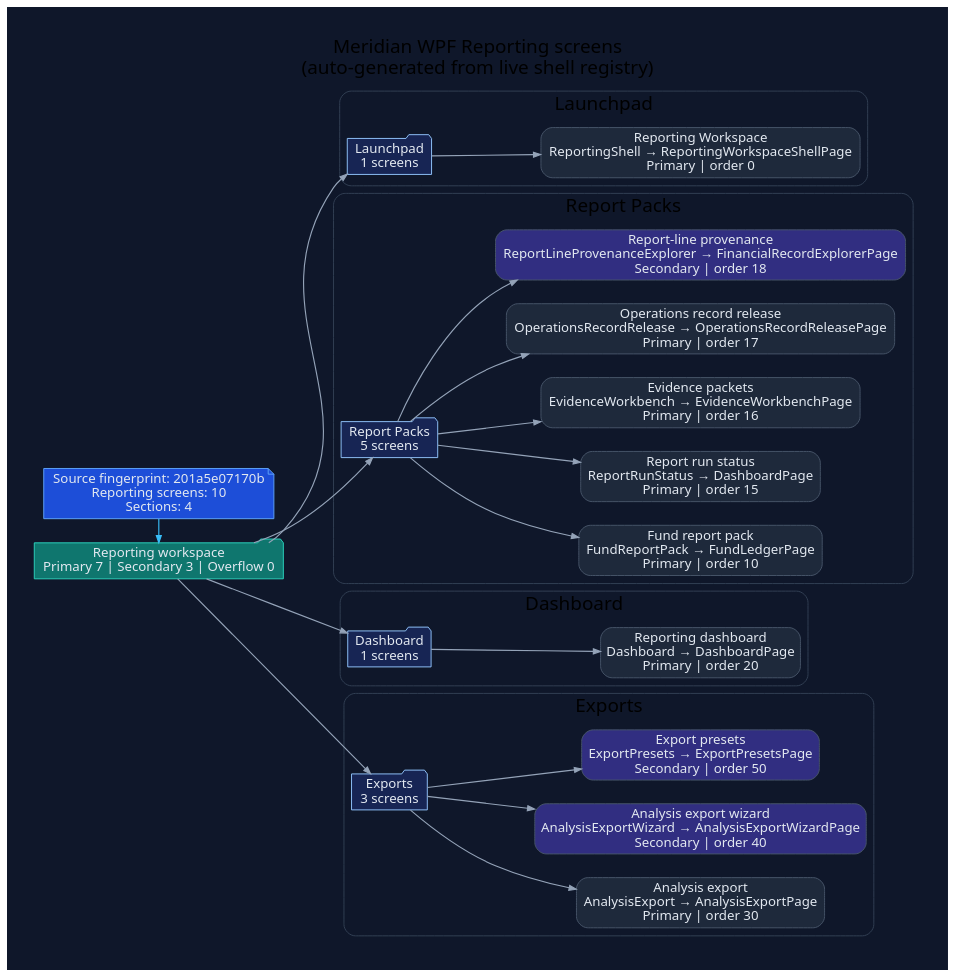
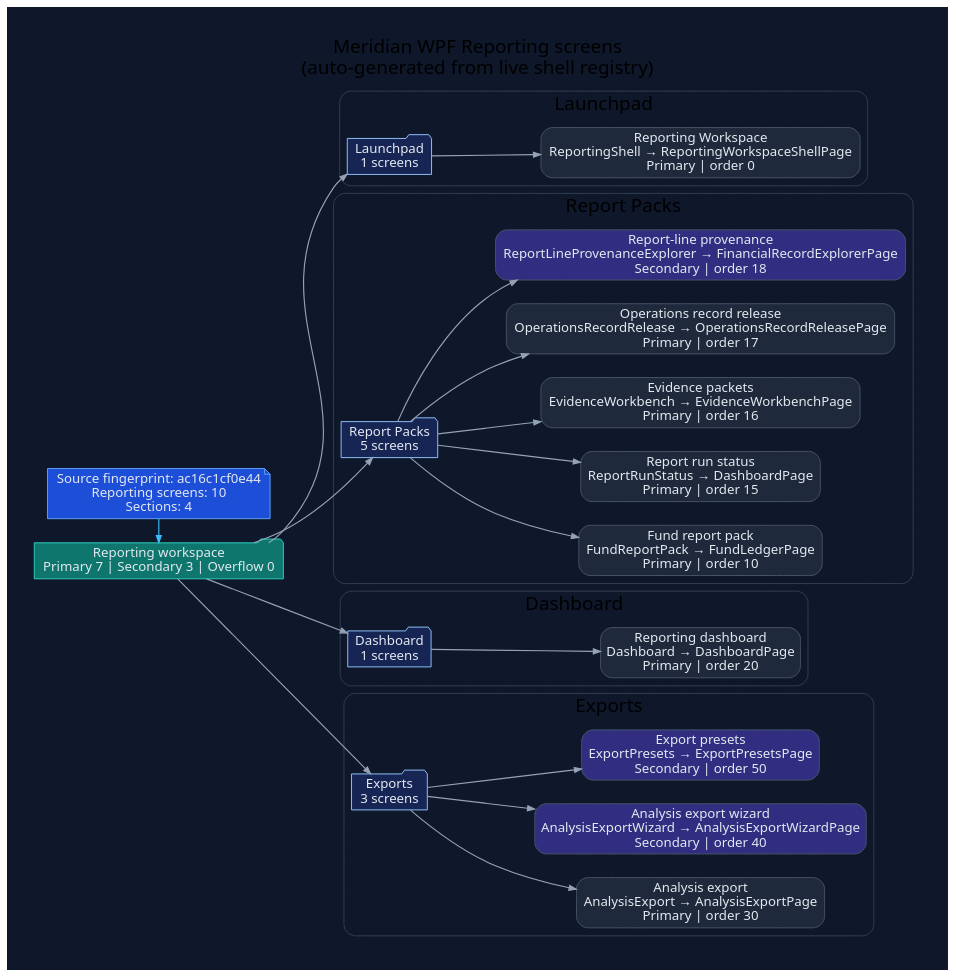
The diagram in docs/diagrams/ui/ui-wpf-screens-reporting.dot (rodoHasArrived/Meridian-main), drawn with Graphviz before and after one commit. The commit also changed 60 other files, not shown here.

```diff
--- a/docs/diagrams/ui/ui-wpf-screens-reporting.dot
+++ b/docs/diagrams/ui/ui-wpf-screens-reporting.dot
@@ -1,78 +1,78 @@
 // -----------------------------------------------------------------------------
 // <auto-generated>
 // Generated by scripts/generate-diagrams.mjs.
 // Do not edit this file directly; update the WPF source files instead.
 // -----------------------------------------------------------------------------
 digraph WpfReportingScreens {
   graph [
     rankdir=LR,
     labelloc=t,
     label="Meridian WPF Reporting screens\n(auto-generated from live shell registry)",
     fontname="Segoe UI",
     fontsize=20,
     pad=0.4,
     nodesep=0.35,
     ranksep=0.85,
     bgcolor="#0f172a"
   ];
   node [fontname="Segoe UI", shape=box, style="rounded,filled", color="#475569", fontcolor="#e2e8f0", fillcolor="#1e293b"];
   edge [fontname="Segoe UI", color="#94a3b8", penwidth=1.2, arrowsize=0.75];
 
-  generated [shape=note, fillcolor="#1d4ed8", color="#60a5fa", label="Source fingerprint: 201a5e07170b\nReporting screens: 10\nSections: 4"];
+  generated [shape=note, fillcolor="#1d4ed8", color="#60a5fa", label="Source fingerprint: ac16c1cf0e44\nReporting screens: 10\nSections: 4"];
   workspace [shape=folder, fillcolor="#0f766e", color="#2dd4bf", label="Reporting workspace\nPrimary 7 | Secondary 3 | Overflow 0"];
   generated -> workspace [color="#38bdf8"];
 
   subgraph cluster_section_1 {
     label="Launchpad";
     color="#334155";
     style="rounded";
     section_1 [shape=folder, fillcolor="#172554", color="#93c5fd", label="Launchpad\n1 screens"];
     workspace -> section_1;
     screen_ReportingShell [fillcolor="#1e293b", label="Reporting Workspace\nReportingShell → ReportingWorkspaceShellPage\nPrimary | order 0"];
     section_1 -> screen_ReportingShell;
   }
 
   subgraph cluster_section_2 {
     label="Report Packs";
     color="#334155";
     style="rounded";
     section_2 [shape=folder, fillcolor="#172554", color="#93c5fd", label="Report Packs\n5 screens"];
     workspace -> section_2;
     screen_FundReportPack [fillcolor="#1e293b", label="Fund report pack\nFundReportPack → FundLedgerPage\nPrimary | order 10"];
     section_2 -> screen_FundReportPack;
     screen_ReportRunStatus [fillcolor="#1e293b", label="Report run status\nReportRunStatus → DashboardPage\nPrimary | order 15"];
     section_2 -> screen_ReportRunStatus;
     screen_EvidenceWorkbench [fillcolor="#1e293b", label="Evidence packets\nEvidenceWorkbench → EvidenceWorkbenchPage\nPrimary | order 16"];
     section_2 -> screen_EvidenceWorkbench;
     screen_OperationsRecordRelease [fillcolor="#1e293b", label="Operations record release\nOperationsRecordRelease → OperationsRecordReleasePage\nPrimary | order 17"];
     section_2 -> screen_OperationsRecordRelease;
     screen_ReportLineProvenanceExplorer [fillcolor="#312e81", label="Report-line provenance\nReportLineProvenanceExplorer → FinancialRecordExplorerPage\nSecondary | order 18"];
     section_2 -> screen_ReportLineProvenanceExplorer;
   }
 
   subgraph cluster_section_3 {
     label="Dashboard";
     color="#334155";
     style="rounded";
     section_3 [shape=folder, fillcolor="#172554", color="#93c5fd", label="Dashboard\n1 screens"];
     workspace -> section_3;
     screen_Dashboard [fillcolor="#1e293b", label="Reporting dashboard\nDashboard → DashboardPage\nPrimary | order 20"];
     section_3 -> screen_Dashboard;
   }
 
   subgraph cluster_section_4 {
     label="Exports";
     color="#334155";
     style="rounded";
     section_4 [shape=folder, fillcolor="#172554", color="#93c5fd", label="Exports\n3 screens"];
     workspace -> section_4;
     screen_AnalysisExport [fillcolor="#1e293b", label="Analysis export\nAnalysisExport → AnalysisExportPage\nPrimary | order 30"];
     section_4 -> screen_AnalysisExport;
     screen_AnalysisExportWizard [fillcolor="#312e81", label="Analysis export wizard\nAnalysisExportWizard → AnalysisExportWizardPage\nSecondary | order 40"];
     section_4 -> screen_AnalysisExportWizard;
     screen_ExportPresets [fillcolor="#312e81", label="Export presets\nExportPresets → ExportPresetsPage\nSecondary | order 50"];
     section_4 -> screen_ExportPresets;
   }
 
   { rank=min; generated; workspace; }
 }
```
